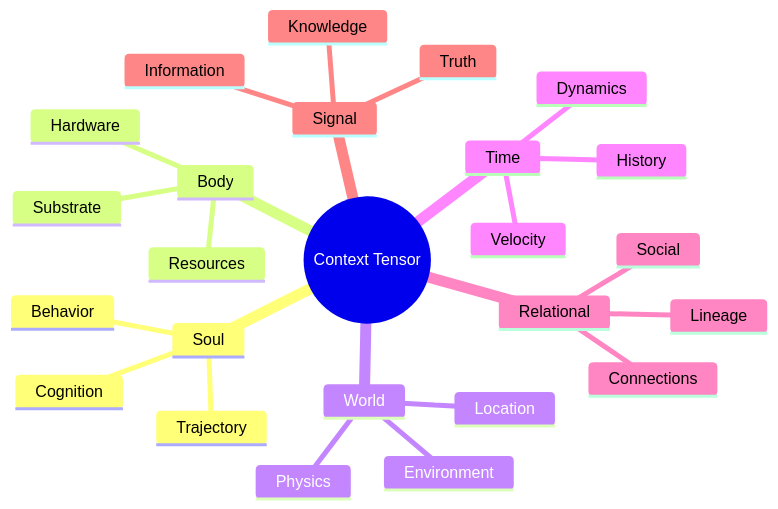
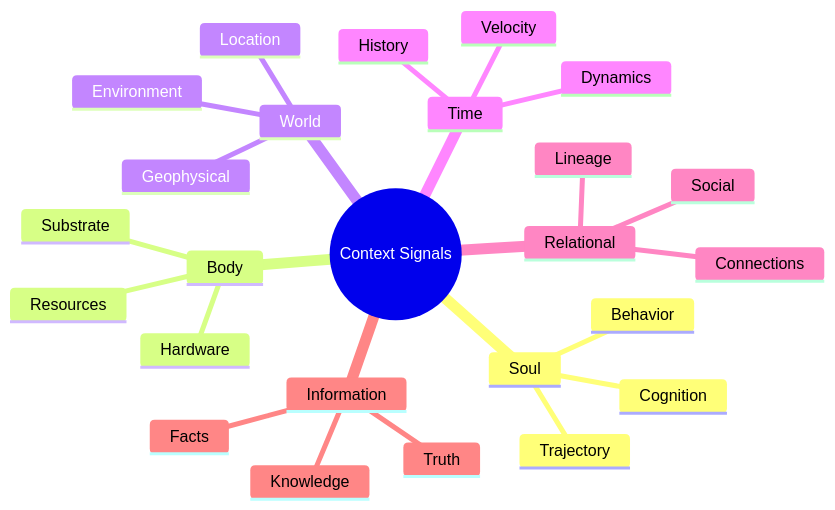
The first of 2 diagrams in rfcs/ktp-signals.md (nmcitra/ktp-rfc), drawn with Mermaid before and after one commit. The commit also changed other lines of this file and 70 other files, not shown here.

````diff
--- a/rfcs/ktp-signals.md
+++ b/rfcs/ktp-signals.md
@@ -31,34 +31,34 @@
 ```mermaid
 mindmap
-  root((Context Tensor))
+  root((Context Signals))
     Soul
       ::icon(fa fa-brain)
       Cognition
       Behavior
       Trajectory
     Body
       ::icon(fa fa-microchip)
       Hardware
       Resources
       Substrate
     World
       ::icon(fa fa-globe)
       Environment
-      Physics
+      Geophysical
       Location
     Time
       ::icon(fa fa-clock)
       Dynamics
       Velocity
       History
     Relational
       ::icon(fa fa-users)
       Connections
       Lineage
       Social
-    Signal
+    Information
       ::icon(fa fa-wifi)
-      Information
+      Facts
       Knowledge
       Truth
 ```
````
